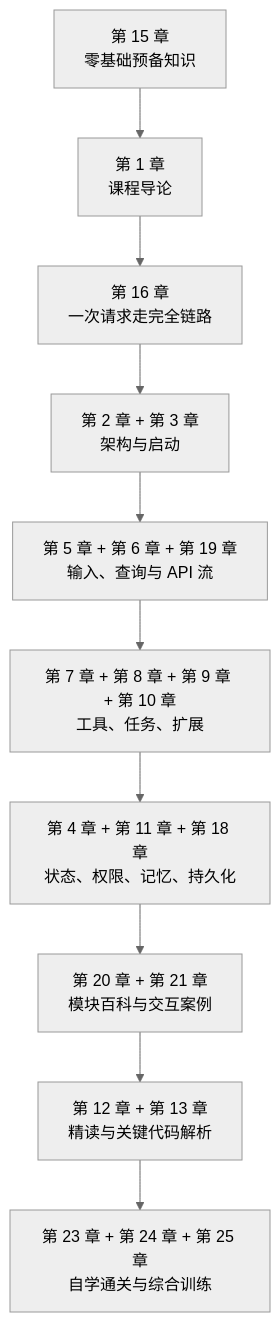
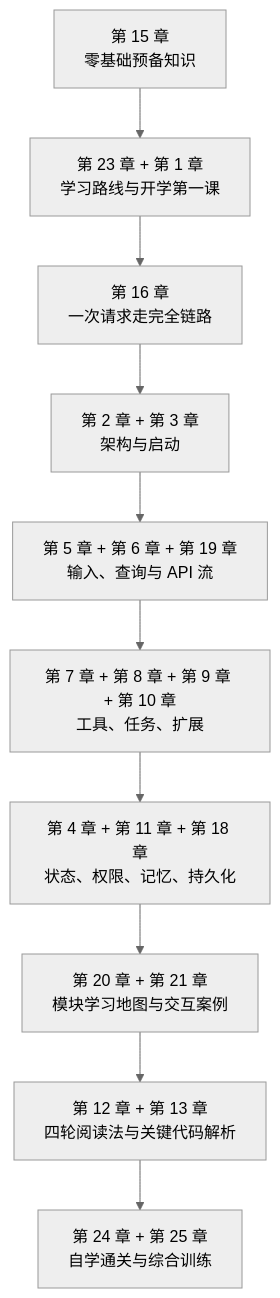
The first of 2 diagrams in README.md (t4vddz2hkp-ux/anthropic-src-gitbook), drawn with Mermaid (neutral theme) before and after one commit. The commit also changed other lines of this file and 6 other files, not shown here.

````diff
--- a/README.md
+++ b/README.md
@@ -86,12 +107,12 @@
 ```mermaid
 flowchart TD
-    A["第 15 章<br/>零基础预备知识"] --> B["第 1 章<br/>课程导论"]
+    A["第 15 章<br/>零基础预备知识"] --> B["第 23 章 + 第 1 章<br/>学习路线与开学第一课"]
     B --> C["第 16 章<br/>一次请求走完全链路"]
     C --> D["第 2 章 + 第 3 章<br/>架构与启动"]
     D --> E["第 5 章 + 第 6 章 + 第 19 章<br/>输入、查询与 API 流"]
     E --> F["第 7 章 + 第 8 章 + 第 9 章 + 第 10 章<br/>工具、任务、扩展"]
     F --> G["第 4 章 + 第 11 章 + 第 18 章<br/>状态、权限、记忆、持久化"]
-    G --> H["第 20 章 + 第 21 章<br/>模块百科与交互案例"]
-    H --> I["第 12 章 + 第 13 章<br/>精读与关键代码解析"]
-    I --> J["第 23 章 + 第 24 章 + 第 25 章<br/>自学通关与综合训练"]
+    G --> H["第 20 章 + 第 21 章<br/>模块学习地图与交互案例"]
+    H --> I["第 12 章 + 第 13 章<br/>四轮阅读法与关键代码解析"]
+    I --> J["第 24 章 + 第 25 章<br/>自学通关与综合训练"]
 ```
````
